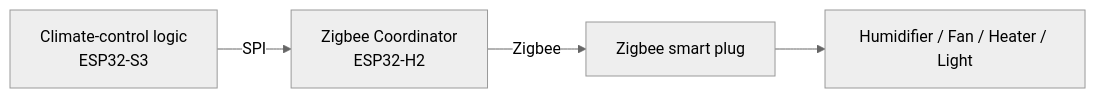
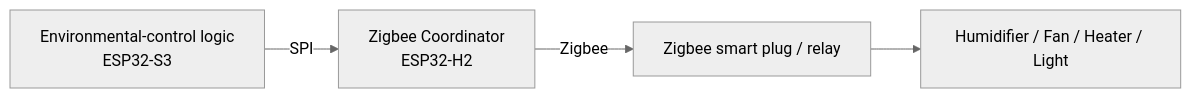
Before and after one commit to Moffefe/MycoBox: the diagram in docs/zigbee.md, drawn with Mermaid (neutral theme). The commit also changed other lines of this file, not shown here.

````diff
--- a/docs/zigbee.md
+++ b/docs/zigbee.md
@@ -28,11 +29,11 @@
 ```mermaid
 flowchart LR
-    LOGIC["Climate-control logic<br>ESP32-S3"]
+    LOGIC["Environmental-control logic<br>ESP32-S3"]
     H2["Zigbee Coordinator<br>ESP32-H2"]
-    PLUG["Zigbee smart plug"]
+    PLUG["Zigbee smart plug / relay"]
     DEVICE["Humidifier / Fan / Heater / Light"]
 
     LOGIC -->|SPI| H2
     H2 -->|Zigbee| PLUG
     PLUG --> DEVICE
 ```
````
